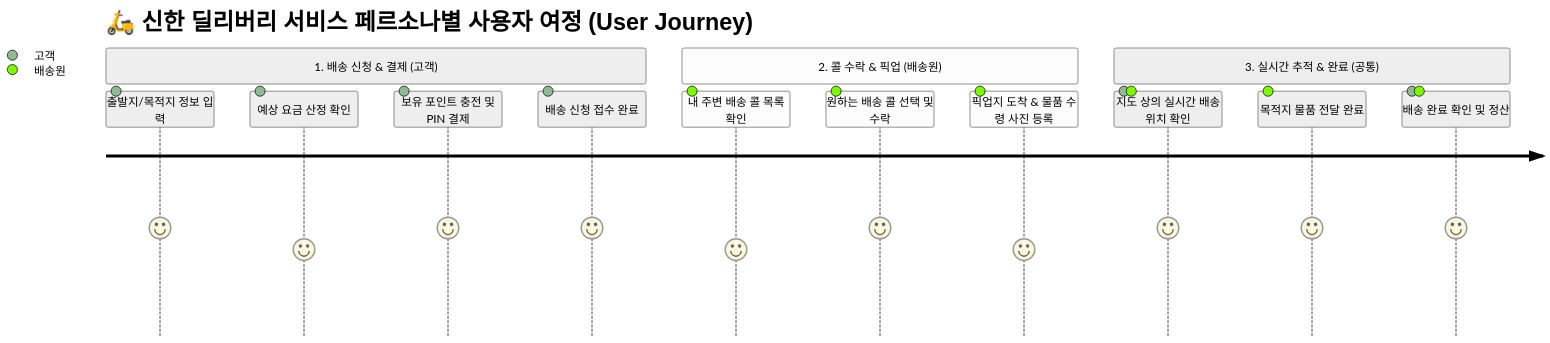
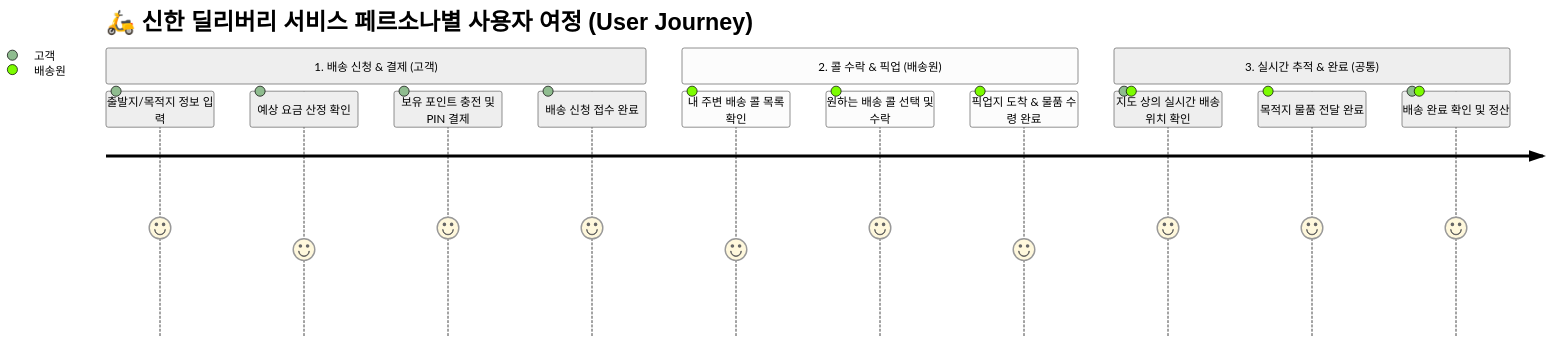
Before and after one commit to ShinhanDSProject/shinhan-delivery: the second of 3 diagrams in docs/architecture/전체-유저-플로우-가이드.md, drawn with Mermaid (neutral theme). The commit also changed other lines of this file and 1 other file, not shown here.

````diff
--- a/docs/architecture/전체-유저-플로우-가이드.md
+++ b/docs/architecture/전체-유저-플로우-가이드.md
@@ -112,17 +112,17 @@
 ```mermaid
 journey
     title 🛵 신한 딜리버리 서비스 페르소나별 사용자 여정 (User Journey)
     section 1. 배송 신청 & 결제 (고객)
       출발지/목적지 정보 입력: 5: 고객
       예상 요금 산정 확인: 4: 고객
       보유 포인트 충전 및 PIN 결제: 5: 고객
       배송 신청 접수 완료: 5: 고객
     section 2. 콜 수락 & 픽업 (배송원)
       내 주변 배송 콜 목록 확인: 4: 배송원
       원하는 배송 콜 선택 및 수락: 5: 배송원
-      픽업지 도착 & 물품 수령 사진 등록: 4: 배송원
+      픽업지 도착 & 물품 수령 완료: 4: 배송원
     section 3. 실시간 추적 & 완료 (공통)
       지도 상의 실시간 배송 위치 확인: 5: 고객, 배송원
       목적지 물품 전달 완료: 5: 배송원
       배송 완료 확인 및 정산: 5: 고객, 배송원
 ```
````
